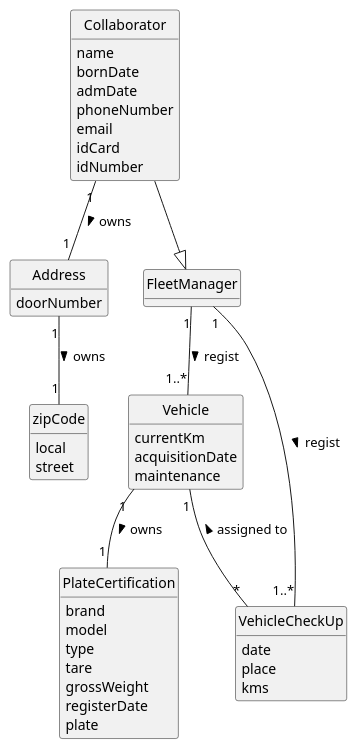
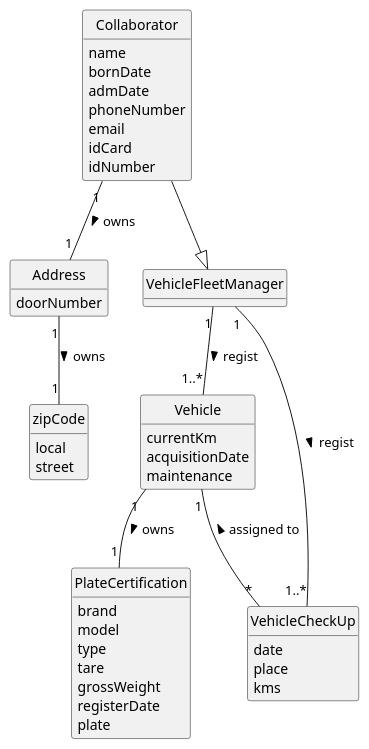
Before and after one commit to 1231360-ISEP/lei-24-s2-1db-g021: the diagram in docs/sprint2/us008/02.analysis/puml/us008-domain-model.puml, drawn with PlantUML. The commit also changed 12 other files, not shown here.

Commit message:
Change from "Fleet Manager" and "FM" to "Vehicle Fleet Manager" and "VFM",respectively

```diff
--- a/docs/sprint2/us008/02.analysis/puml/us008-domain-model.puml
+++ b/docs/sprint2/us008/02.analysis/puml/us008-domain-model.puml
@@ -1,62 +1,62 @@
 @startuml
 skinparam monochrome true
 skinparam packageStyle rectangle
 skinparam shadowing false
 
 skinparam classAttributeIconSize 0
 
 hide circle
 hide methods
 
 class Collaborator {
     name
     bornDate
     admDate
     phoneNumber
     email
     idCard
     idNumber
 }
 
 class Address {
     doorNumber
 }
 
 class zipCode {
     local
     street
 }
 
-class FleetManager {}
+class VehicleFleetManager {}
 
 class Vehicle {
     currentKm
     acquisitionDate
     maintenance
 }
 
 class PlateCertification{
     brand
     model
     type
     tare
     grossWeight
     registerDate
     plate
 }
 
 class VehicleCheckUp {
     date
     place
     kms
 }
 
-Collaborator --|> FleetManager
-FleetManager "1" -- "1..*" Vehicle : regist >
+Collaborator --|> VehicleFleetManager
+VehicleFleetManager "1" -- "1..*" Vehicle : regist >
 Vehicle "1" -- "1" PlateCertification : owns >
 Collaborator "1" -- "1" Address: owns >
 Address "1" -- "1" zipCode : owns >
-FleetManager "1" -- "1..*" VehicleCheckUp : regist >
+VehicleFleetManager "1" -- "1..*" VehicleCheckUp : regist >
 Vehicle "1" -- "*" VehicleCheckUp : assigned to <
 
 @enduml
```
